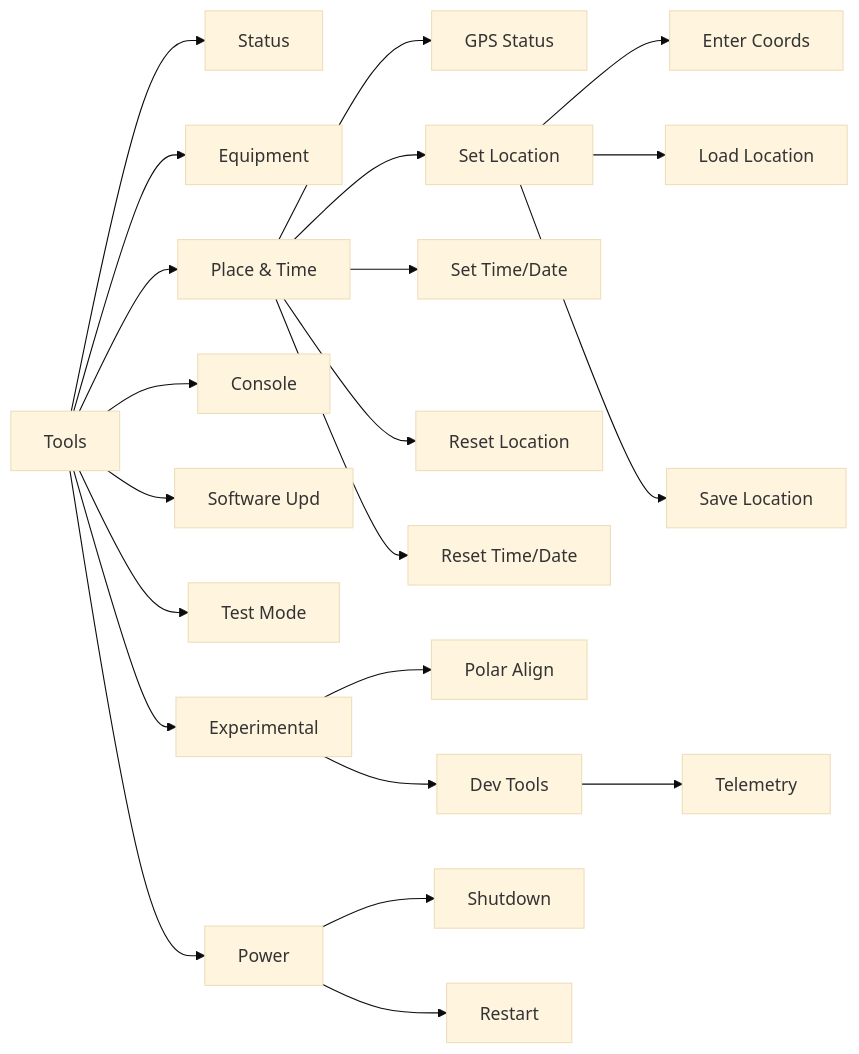
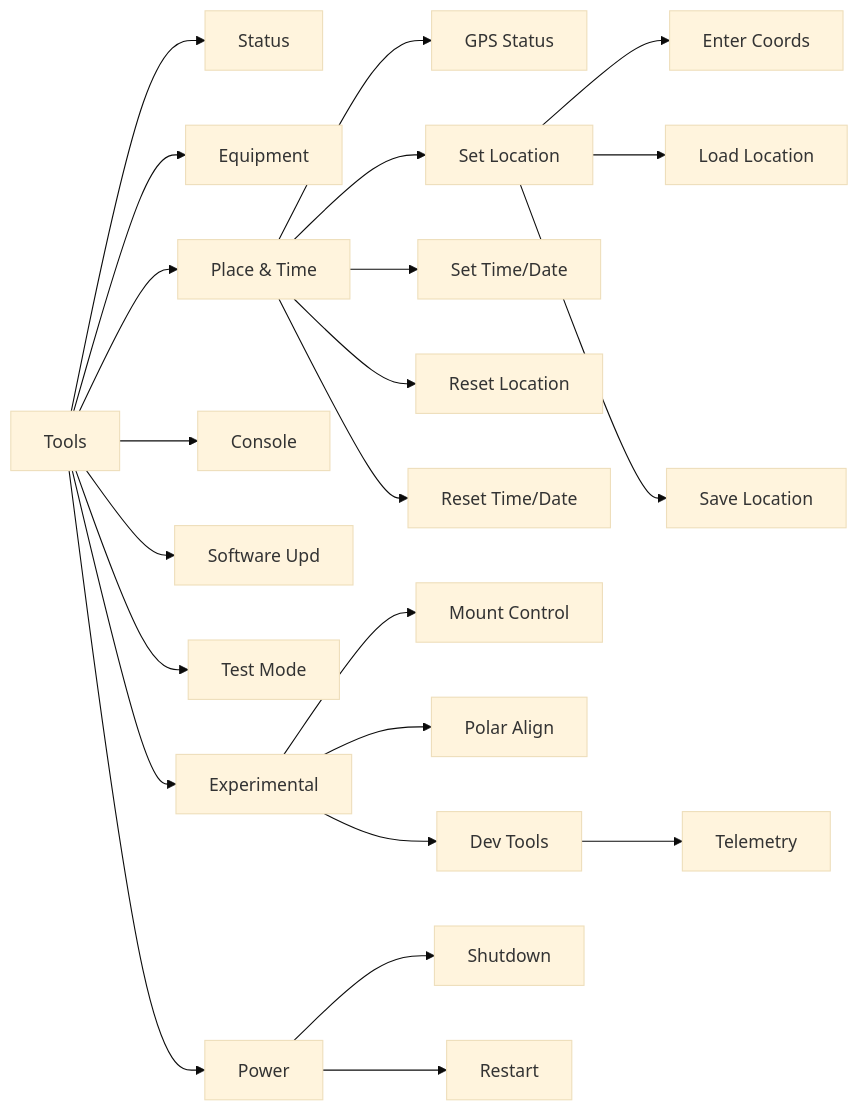
One commit to brickbots/PiFinder changed the fifth of 5 diagrams in docs/source/menu_map.rst. Above: the diagram before and after it, drawn with Mermaid (base theme). The commit also changed other lines of this file and 5 other files, not shown here.

First line of the commit message:
docs(mount): ADR 0046, Mount context and the Mount Control user guide

```diff
--- a/docs/source/menu_map.rst
+++ b/docs/source/menu_map.rst
@@ -319,24 +319,25 @@
 .. mermaid::
 
    flowchart LR
        Tools --> Status
        Tools --> Equipment
        Tools --> PnT["Place & Time"]
        Tools --> Console
        Tools --> SU["Software Upd"]
        Tools --> TM["Test Mode"]
        Tools --> Exp["Experimental"]
        Tools --> Power
        PnT --> G2["GPS Status"]
        PnT --> SL["Set Location"]
        PnT --> STD["Set Time/Date"]
        PnT --> RL["Reset Location"]
        PnT --> RTD["Reset Time/Date"]
        SL --> EC["Enter Coords"]
        SL --> LL["Load Location"]
        SL --> SV["Save Location"]
+       Exp --> MC["Mount Control"]
        Exp --> PA["Polar Align"]
        Exp --> DT["Dev Tools"]
        DT --> Tel["Telemetry"]
        Power --> Shutdown
        Power --> Restart
```
